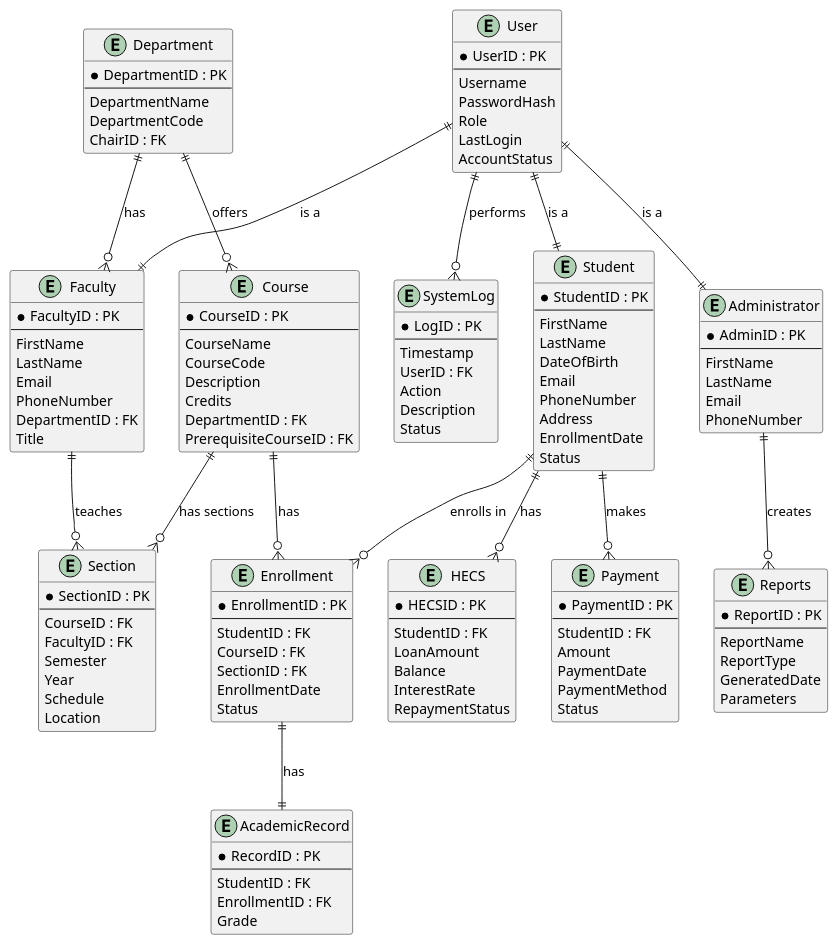
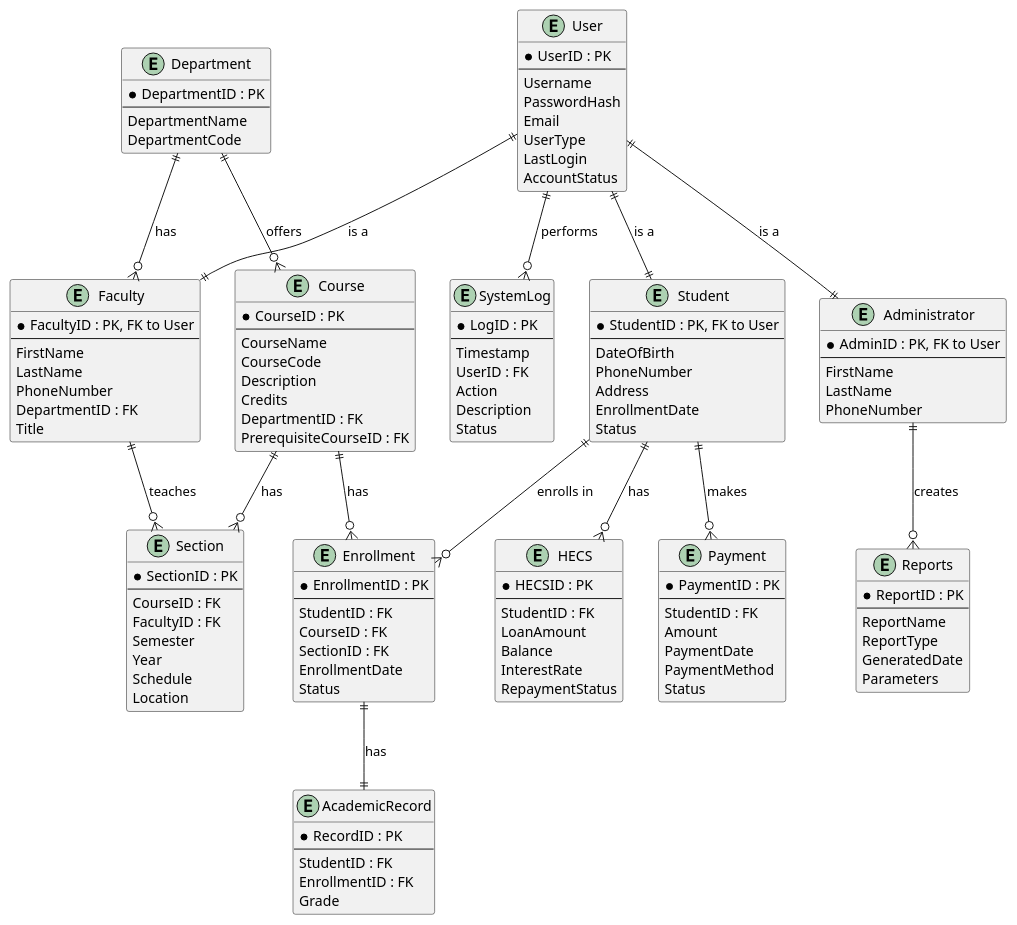
One commit to Mukundks2004/SoftwareArchC4Group changed the diagram in Component_Diagram.puml. Above: the diagram before and after it, drawn with PlantUML.

Commit message:
Change role-based discriminator

```diff
--- a/Component_Diagram.puml
+++ b/Component_Diagram.puml
@@ -1,175 +1,170 @@
 @startuml UCMS_ERD
 
 ' Define entity types
+entity "User" as User {
+  * UserID : PK
+  --
+  Username
+  PasswordHash
+  Email
+  UserType
+  LastLogin
+  AccountStatus
+}
+
 entity "Student" as Student {
-  * StudentID : PK
+  * StudentID : PK, FK to User
   --
-  FirstName
-  LastName
   DateOfBirth
-  Email
   PhoneNumber
   Address
   EnrollmentDate
   Status
 }
 
 entity "Faculty" as Faculty {
-  * FacultyID : PK
+  * FacultyID : PK, FK to User
   --
   FirstName
   LastName
-  Email
   PhoneNumber
   DepartmentID : FK
   Title
+}
+
+entity "Administrator" as Administrator {
+  * AdminID : PK, FK to User
+  --
+  FirstName
+  LastName
+  PhoneNumber
+}
+
+entity "Department" as Department {
+  * DepartmentID : PK
+  --
+  DepartmentName
+  DepartmentCode
 }
 
 entity "Course" as Course {
   * CourseID : PK
   --
   CourseName
   CourseCode
   Description
   Credits
   DepartmentID : FK
   PrerequisiteCourseID : FK
 }
 
 entity "Enrollment" as Enrollment {
   * EnrollmentID : PK
   --
   StudentID : FK
   CourseID : FK
   SectionID : FK
   EnrollmentDate
   Status
 }
 
 entity "Section" as Section {
   * SectionID : PK
   --
   CourseID : FK
   FacultyID : FK
   Semester
   Year
   Schedule
   Location
 }
 
 entity "AcademicRecord" as AcademicRecord {
   * RecordID : PK
   --
   StudentID : FK
   EnrollmentID : FK
   Grade
 }
 
 entity "HECS" as HECS {
   * HECSID : PK
   --
   StudentID : FK
   LoanAmount
   Balance
   InterestRate
   RepaymentStatus
 }
 
-
-entity "Administrator" as Administrator {
-  * AdminID : PK
-  --
-  FirstName
-  LastName
-  Email
-  PhoneNumber
-}
-
 entity "Reports" as Reports {
   * ReportID : PK
   --
   ReportName
   ReportType
   GeneratedDate
   Parameters
 }
 
 entity "Payment" as Payment {
   * PaymentID : PK
   --
   StudentID : FK
   Amount
   PaymentDate
   PaymentMethod
   Status
 }
 
 entity "SystemLog" as SystemLog {
   * LogID : PK
   --
   Timestamp
   UserID : FK
   Action
   Description
   Status
 }
 
-entity "User" as User {
-  * UserID : PK
-  --
-  Username
-  PasswordHash
-  Role
-  LastLogin
-  AccountStatus
-}
 
 ' Define relationships with cardinality
+
+' User ↔ Student, Faculty, Administrator
+User ||--|| Student : "is a"
+User ||--|| Faculty : "is a"
+User ||--|| Administrator : "is a"
 
 ' Student ↔ Enrollment
 Student ||--o{ Enrollment : "enrolls in"
 
 ' Course ↔ Enrollment
 Course ||--o{ Enrollment : "has"
 
 ' Course ↔ Section
-Course ||--o{ Section : "has sections"
+Course ||--o{ Section : "has"
 
 ' Faculty ↔ Section
 Faculty ||--o{ Section : "teaches"
 
 ' Department ↔ Faculty
-entity "Department" as Department {
-  * DepartmentID : PK
-  --
-  DepartmentName
-  DepartmentCode
-  ChairID : FK
-}
-
 Department ||--o{ Faculty : "has"
 
 ' Department ↔ Course
 Department ||--o{ Course : "offers"
 
 ' Enrollment ↔ AcademicRecord
 Enrollment ||--|| AcademicRecord : "has"
 
 ' Student ↔ HECS
 Student ||--o{ HECS : "has"
 
-' Administrator ↔ ReportingTool
+' Administrator ↔ Reports
 Administrator ||--o{ Reports : "creates"
 
 ' Student ↔ Payment
 Student ||--o{ Payment : "makes"
 
 ' SystemLog ↔ User
 User ||--o{ SystemLog : "performs"
 
-' User ↔ Student, Faculty, Administrator
-User ||--|| Student : "is a"
-User ||--|| Faculty : "is a"
-User ||--|| Administrator : "is a"
-
 @enduml
```
